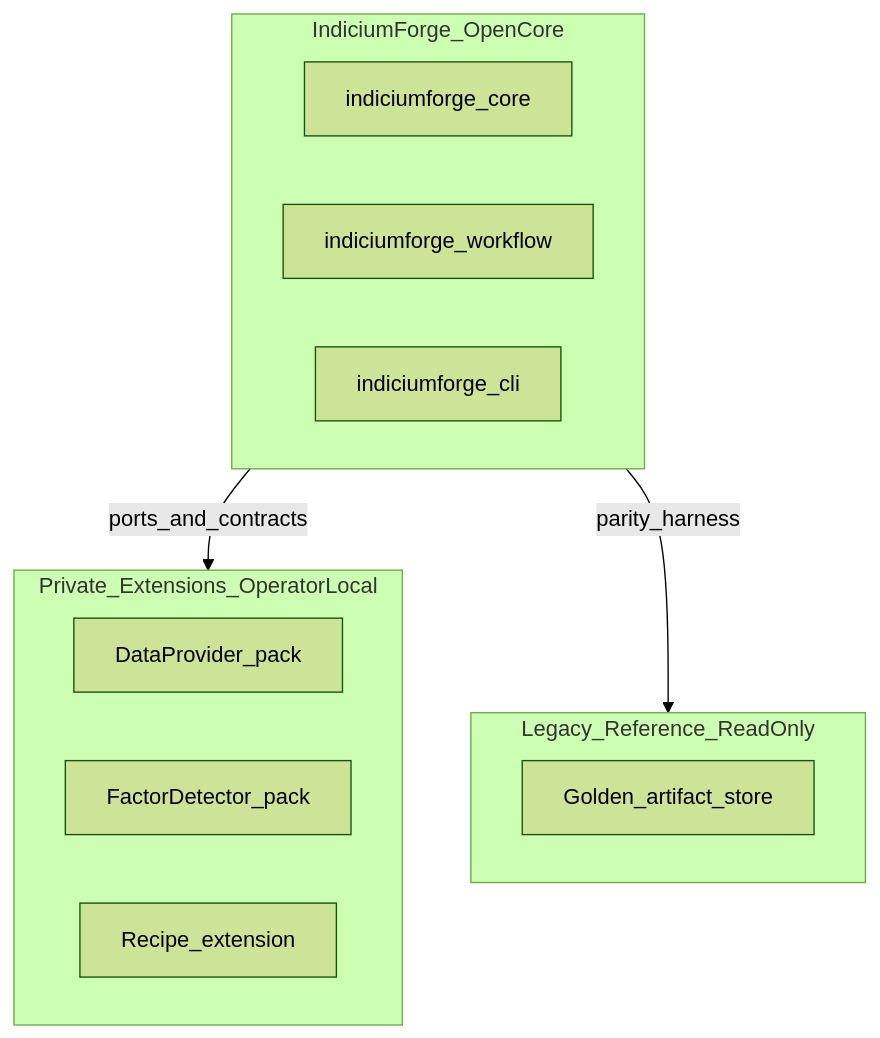
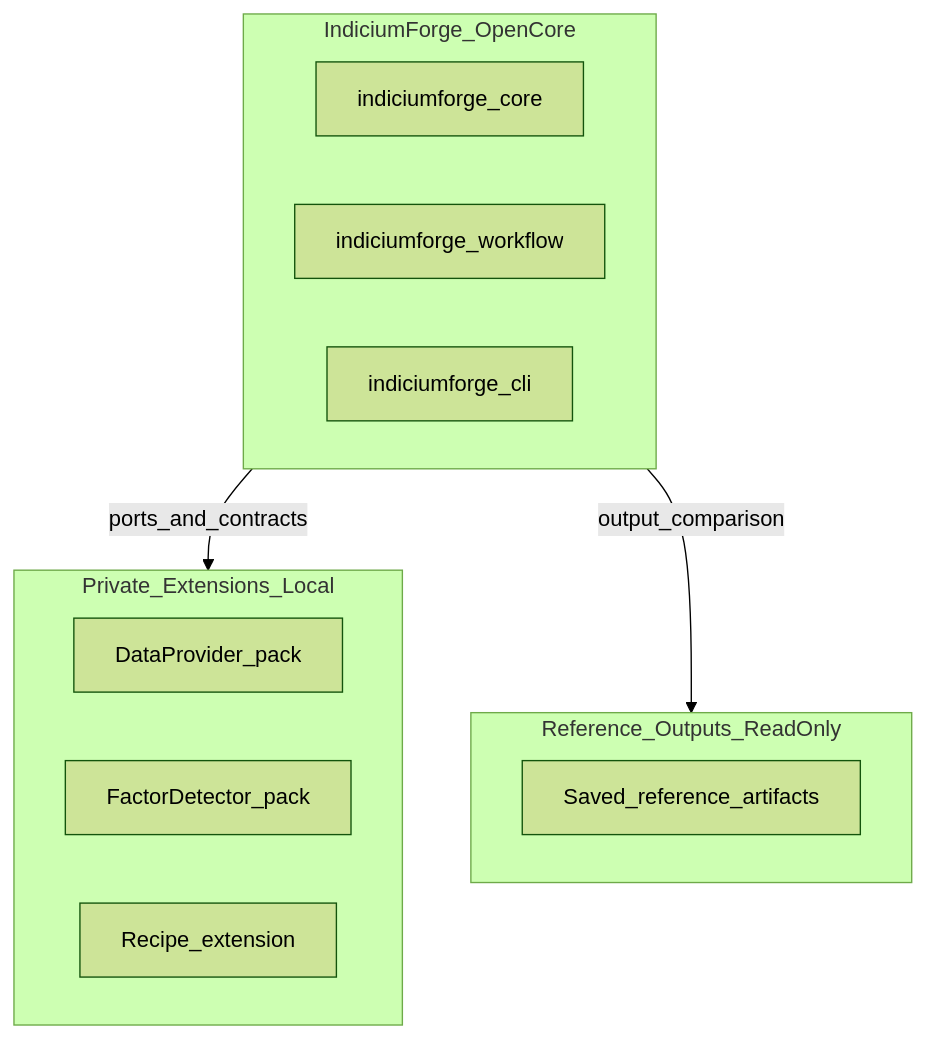
One commit to Cavaradossi/indiciumforge changed the first of 3 diagrams in README.md. Above: the diagram before and after it, drawn with Mermaid (forest theme). The commit also changed other lines of this file and 2 other files, not shown here.

````diff
--- a/README.md
+++ b/README.md
@@ -54,18 +64,18 @@
 ```mermaid
 flowchart TB
   subgraph openCore [IndiciumForge_OpenCore]
     Core[indiciumforge_core]
     Workflow[indiciumforge_workflow]
     CLI[indiciumforge_cli]
   end
-  subgraph privateExt [Private_Extensions_OperatorLocal]
+  subgraph privateExt [Private_Extensions_Local]
     DataPack[DataProvider_pack]
     FactorPack[FactorDetector_pack]
     RecipePack[Recipe_extension]
   end
-  subgraph legacyRef [Legacy_Reference_ReadOnly]
-    GoldenStore[Golden_artifact_store]
+  subgraph refOut [Reference_Outputs_ReadOnly]
+    RefStore[Saved_reference_artifacts]
   end
   openCore -->|"ports_and_contracts"| privateExt
-  openCore -->|"parity_harness"| legacyRef
+  openCore -->|"output_comparison"| refOut
 ```
````
